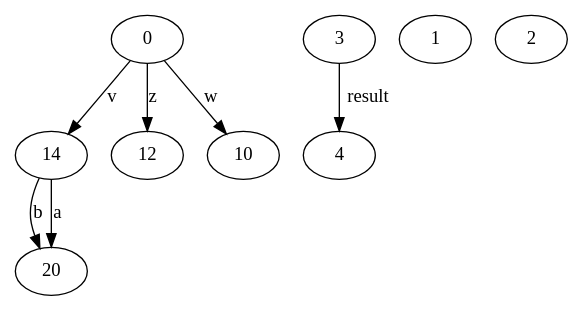
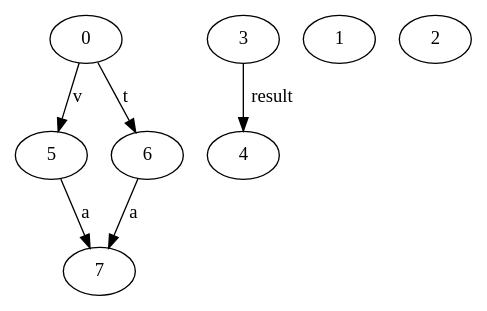
The diagram in AliasingImpl/source/test.dot (varivera/aliasing-java), drawn with Graphviz before and after one commit. The commit also changed 5 other files, not shown here.

```diff
--- a/AliasingImpl/source/test.dot
+++ b/AliasingImpl/source/test.dot
@@ -1,17 +1,15 @@
 digraph G {
-n14->n20 [label="b"]
-n14->n20 [label="a"]
-n0->n12 [label="z"]
-n0->n10 [label="w"]
-n0->n14 [label="v"]
-n14[label="14"]
+n5->n7 [label="a"]
+n6->n7 [label="a"]
+n0->n5 [label="v"]
+n0->n6 [label="t"]
 n0[label="0"]
-n10[label="10"]
-n20[label="20"]
-n12[label="12"]
+n5[label="5"]
+n6[label="6"]
+n7[label="7"]
 n3->n4 [label="result"]
 n3[label="3"]
 n4[label="4"]
 n1[label="1"]
 n2[label="2"]
 }
```
